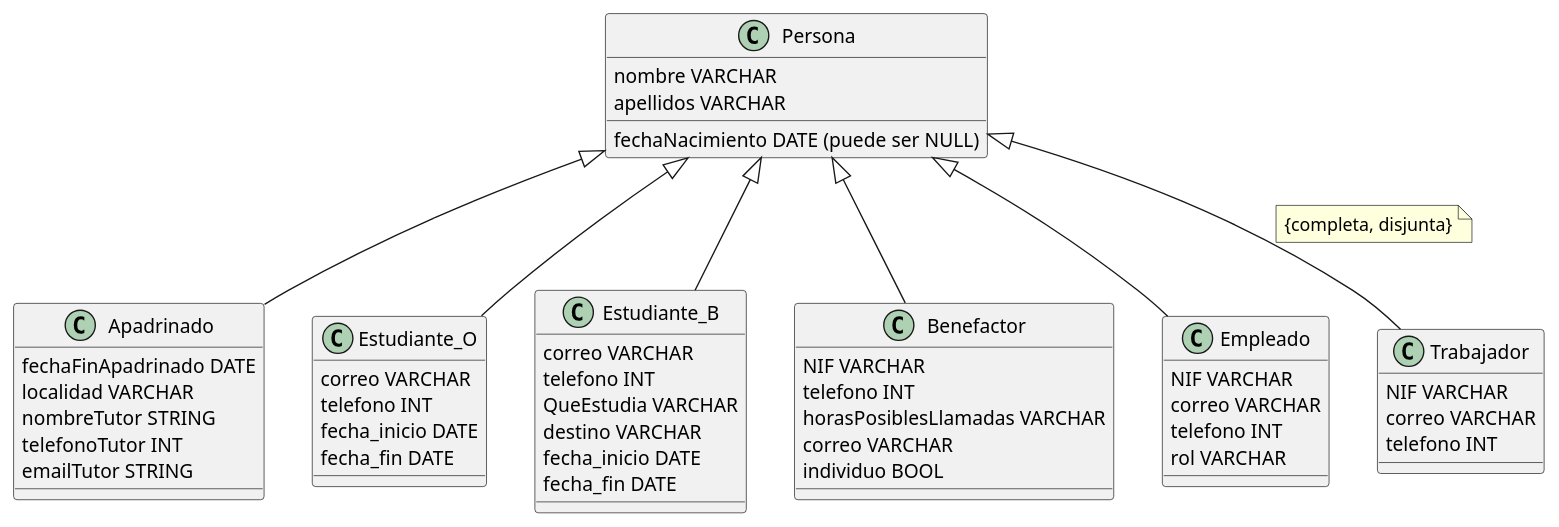
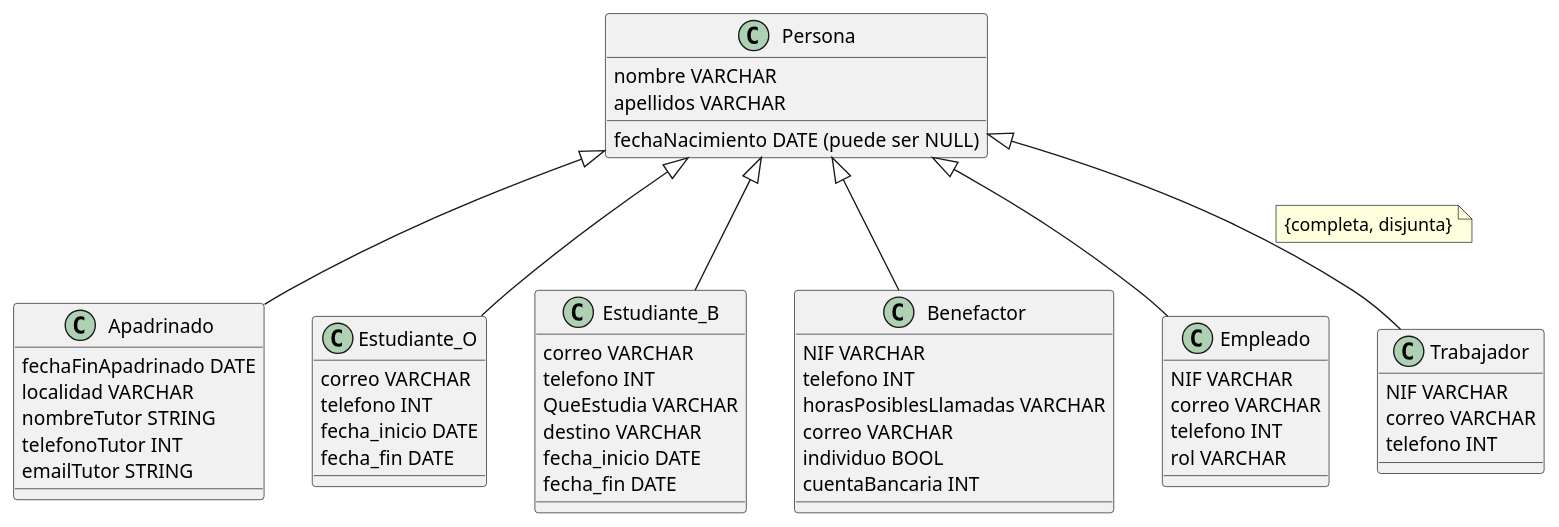
Before and after one commit to albporfer1-64/Grupo_Proyecto_DB: the diagram in modelo_conceptual /persona.puml, drawn with PlantUML. The commit also changed 1 other file, not shown here.

Commit message:
Añadimos MR persona y añadimos cuentaBancaria a Benefactor

```diff
--- a/modelo_conceptual /persona.puml
+++ b/modelo_conceptual /persona.puml
@@ -1,61 +1,62 @@
 class Persona{
     nombre VARCHAR
     apellidos VARCHAR
     fechaNacimiento DATE (puede ser NULL)
 }
 
 'Subclases de Persona:
 Persona <|-- Apadrinado
 Persona <|-- Estudiante_O
 Persona <|-- Estudiante_B
 Persona <|-- Benefactor
 Persona <|-- Empleado
 Persona <|-- Trabajador
 
 'Restricción de cobertura:
 note on link : {completa, disjunta}
 
 class Trabajador{
     NIF VARCHAR
     correo VARCHAR
     telefono INT
 }
 
 class Empleado{
     NIF VARCHAR
     correo VARCHAR
     telefono INT
     rol VARCHAR
 }
 
 class Benefactor{
     NIF VARCHAR
     telefono INT
     horasPosiblesLlamadas VARCHAR
     correo VARCHAR
     individuo BOOL
+    cuentaBancaria INT
 }
 
 class Estudiante_B{
     correo VARCHAR
     telefono INT
     QueEstudia VARCHAR
     destino VARCHAR
     fecha_inicio DATE
     fecha_fin DATE
 }
 
 class Estudiante_O{
     correo VARCHAR
     telefono INT
     fecha_inicio DATE
     fecha_fin DATE
 }
 
 class Apadrinado{
     fechaFinApadrinado DATE
     localidad VARCHAR
     nombreTutor STRING
     telefonoTutor INT
     emailTutor STRING
 }
```
